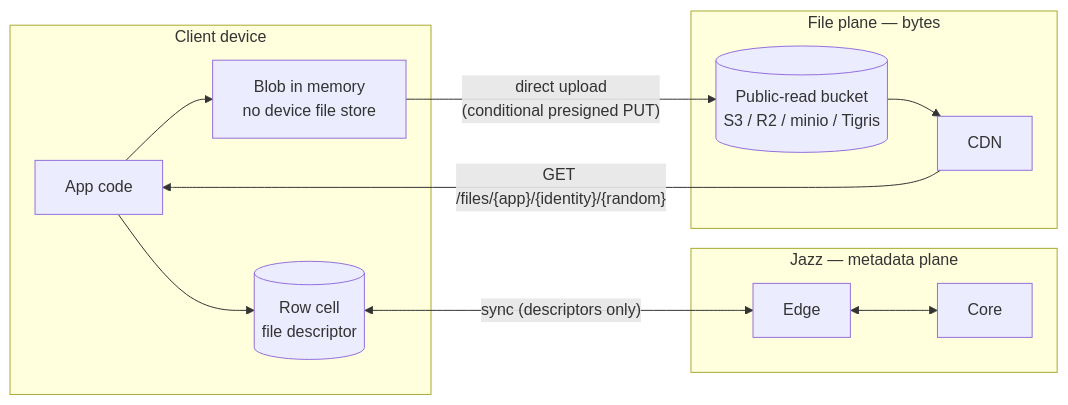
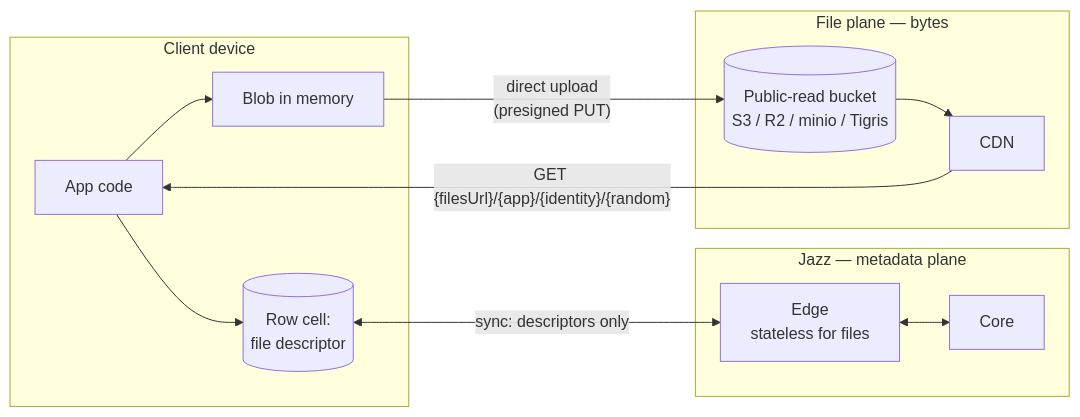
Before and after one commit to garden-co/jazz: the first of 5 diagrams in docs/superpowers/specs/2026-07-09-files-design-explained.md, drawn with Mermaid. The commit also changed other lines of this file, not shown here.

Commit message:
Rewrite files explainer from scratch: user APIs and flow diagrams

````diff
--- a/docs/superpowers/specs/2026-07-09-files-design-explained.md
+++ b/docs/superpowers/specs/2026-07-09-files-design-explained.md
@@ -17,20 +27,20 @@
 ```mermaid
 flowchart LR
     subgraph client [Client device]
         app[App code]
-        cell[(Row cell\nfile descriptor)]
-        blob[Blob in memory\nno device file store]
+        cell[(Row cell:<br/>file descriptor)]
+        blob[Blob in memory]
     end
     subgraph jazz [Jazz — metadata plane]
-        edge[Edge]
+        edge[Edge<br/>stateless for files]
         core[Core]
     end
     subgraph fileplane [File plane — bytes]
-        s3[(Public-read bucket\nS3 / R2 / minio / Tigris)]
+        s3[(Public-read bucket<br/>S3 / R2 / minio / Tigris)]
         cdn[CDN]
     end
     app --> cell & blob
-    cell <-- "sync (descriptors only)" --> edge <--> core
-    blob -- "direct upload\n(conditional presigned PUT)" --> s3
-    s3 --> cdn -- "GET /files/{app}/{identity}/{random}" --> app
+    cell <-- "sync: descriptors only" --> edge <--> core
+    blob -- "direct upload<br/>(presigned PUT)" --> s3
+    s3 --> cdn -- "GET {filesUrl}/{app}/{identity}/{random}" --> app
 ```
````
